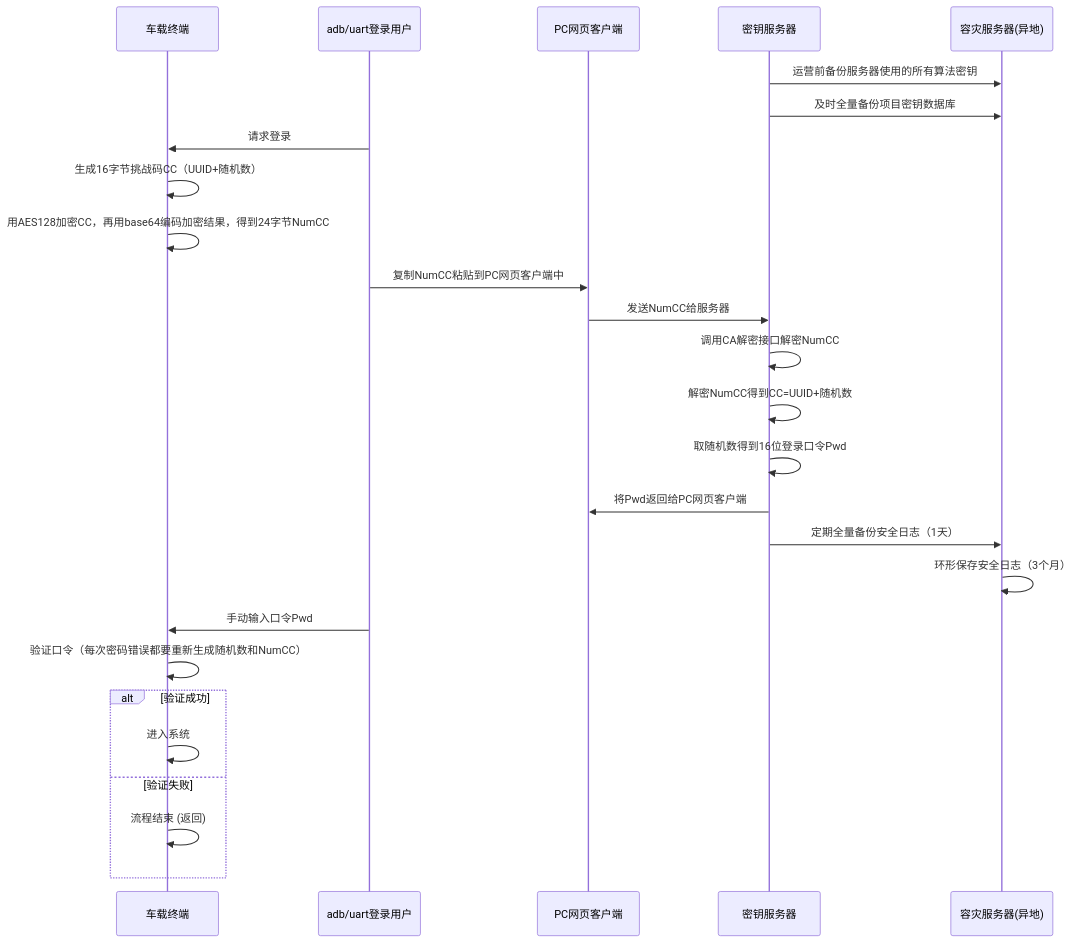
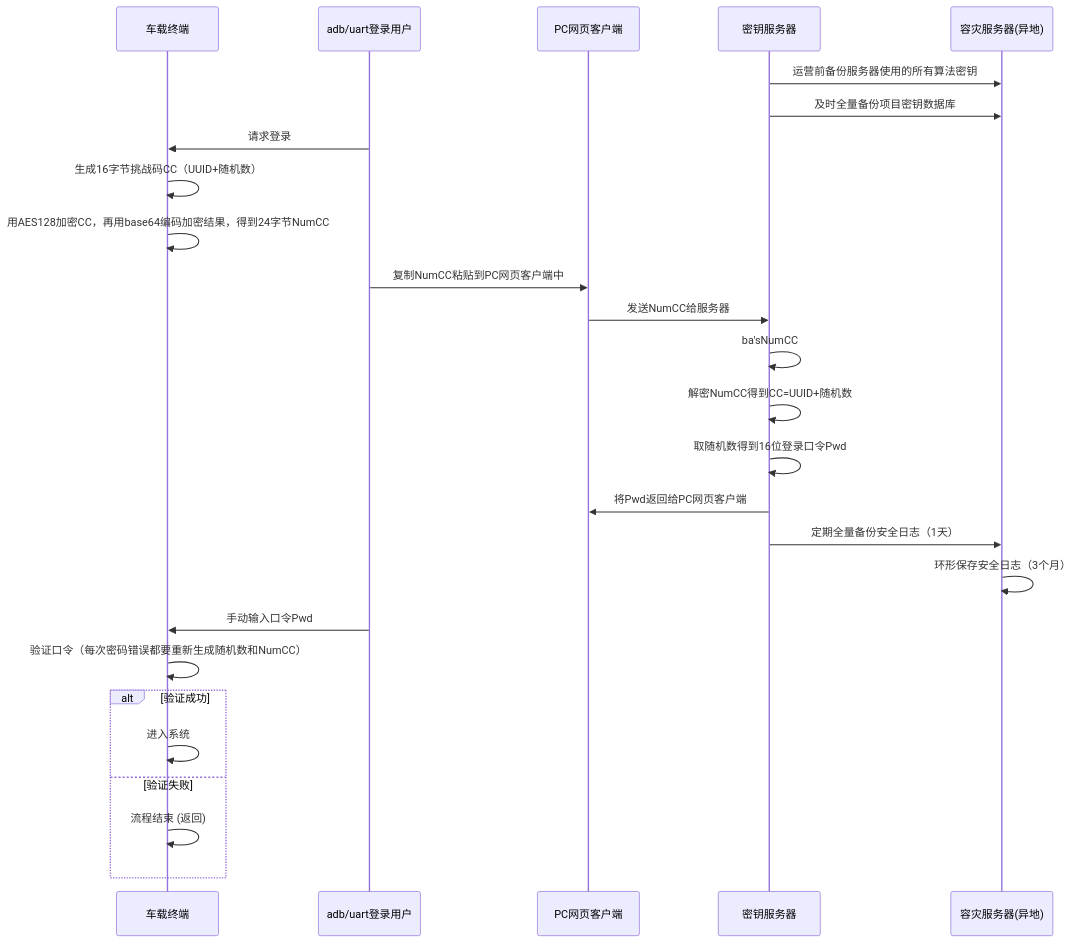
One commit to facebook-cloud/iodraw-files changed the diagram in all/未命名-19.md. Above: the diagram before and after it, drawn with Mermaid.

Commit message:
2026-03-19 16:46:23 update

````diff
--- a/all/未命名-19.md
+++ b/all/未命名-19.md
@@ -1,33 +1,33 @@
 ```mermaid
 sequenceDiagram
     participant tbox as 车载终端
     participant user as adb/uart登录用户
     participant pc as PC网页客户端
     participant tech_center as 密钥服务器
     participant backup as 容灾服务器(异地)
   
     tech_center->>backup: 运营前备份服务器使用的所有算法密钥
     tech_center->>backup: 及时全量备份项目密钥数据库
 
     user->>tbox: 请求登录
     tbox->>tbox: 生成16字节挑战码CC（UUID+随机数）
     tbox->>tbox: 用AES128加密CC，再用base64编码加密结果，得到24字节NumCC
     user->>pc: 复制NumCC粘贴到PC网页客户端中
     pc->>tech_center: 发送NumCC给服务器
-    tech_center->>tech_center: 调用CA解密接口解密NumCC
+    tech_center->>tech_center: ba'sNumCC
     tech_center->>tech_center: 解密NumCC得到CC=UUID+随机数
     tech_center->>tech_center: 取随机数得到16位登录口令Pwd
     tech_center->>pc: 将Pwd返回给PC网页客户端
 
     tech_center->>backup: 定期全量备份安全日志（1天）
     backup->>backup: 环形保存安全日志（3个月）
     user->>tbox: 手动输入口令Pwd
     tbox->>tbox: 验证口令（每次密码错误都要重新生成随机数和NumCC）
     alt 验证成功
         tbox->>tbox: 进入系统
     else 验证失败
         tbox->>tbox: 流程结束 (返回)
     end
 
 
 ```
````
